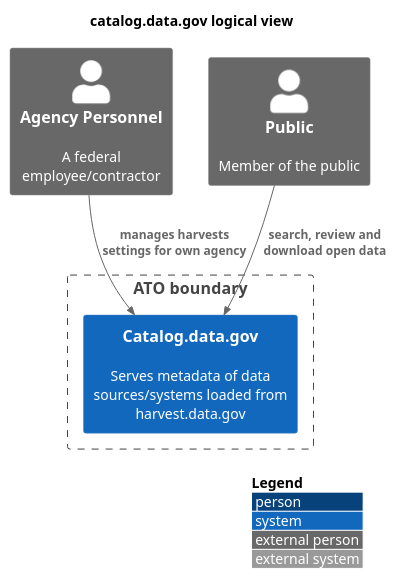
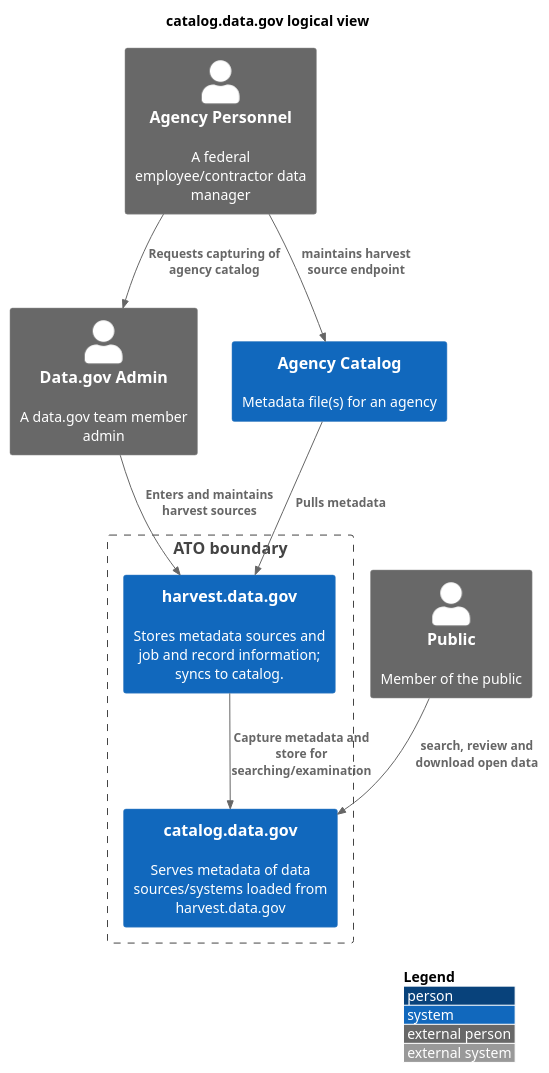
One commit to GSA/datagov-compliance changed the diagram in apps/catalog.logical.md. Above: the diagram before and after it, drawn with PlantUML. The commit also changed 6 other files, not shown here.

Commit message:
Update diagrams, add new for harvester and "complete" catalog & harvester.

````diff
--- a/apps/catalog.logical.md
+++ b/apps/catalog.logical.md
@@ -3,15 +3,22 @@
 ```plantuml
 @startuml
 !include https://raw.githubusercontent.com/plantuml-stdlib/C4-PlantUML/master/C4_Context.puml
 LAYOUT_WITH_LEGEND()
 title catalog.data.gov logical view
-Person_Ext(personnel, "Agency Personnel", "A federal employee/contractor")
+Person_Ext(personnel, "Agency Personnel", "A federal employee/contractor data manager")
+Person_Ext(admin, "Data.gov Admin", "A data.gov team member admin")
 Person_Ext(public, "Public", "Member of the public")
 'note left of personnel : In java, every class\nextends this one.
+System(agency_catalog, "Agency Catalog", "Metadata file(s) for an agency")
 Boundary(atob, "ATO boundary") {
-    System(catalog, "Catalog.data.gov", "Serves metadata of data sources/systems loaded from harvest.data.gov")
+    System(catalog, "catalog.data.gov", "Serves metadata of data sources/systems loaded from harvest.data.gov")
+    System(harvest, "harvest.data.gov", "Stores metadata sources and job and record information; syncs to catalog.")
 }
-Rel(personnel, catalog, "manages harvests settings for own agency")
+Rel(personnel, admin, "Requests capturing of agency catalog")
+Rel(personnel, agency_catalog, "maintains harvest source endpoint")
+Rel(admin, harvest, "Enters and maintains harvest sources")
 Rel(public, catalog, "search, review and download open data")
+Rel(harvest, catalog, "Capture metadata and store for searching/examination")
+Rel(agency_catalog, harvest, "Pulls metadata")
 @enduml
 ```
````
